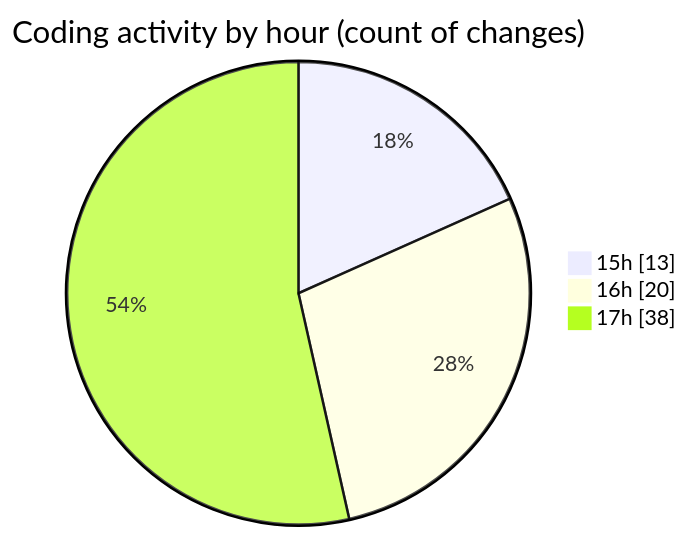
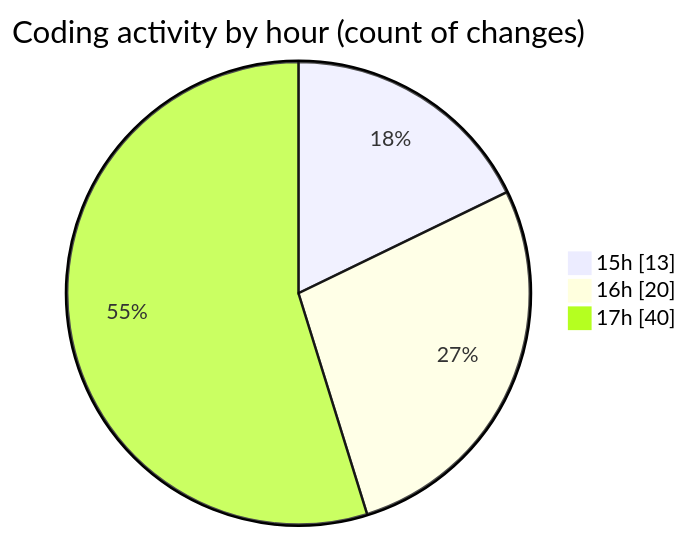
One commit to momahboobian/code-tracking changed the second of 2 diagrams in 2026-03-26/cda/README.md. Above: the diagram before and after it, drawn with Mermaid. The commit also changed other lines of this file and 1 other file, not shown here.

````diff
--- a/2026-03-26/cda/README.md
+++ b/2026-03-26/cda/README.md
@@ -33,7 +33,7 @@
 ```mermaid
 pie showData
 title Coding activity by hour (count of changes)
 "15h" : 13
 "16h" : 20
-"17h" : 38
+"17h" : 40
 ```
````
